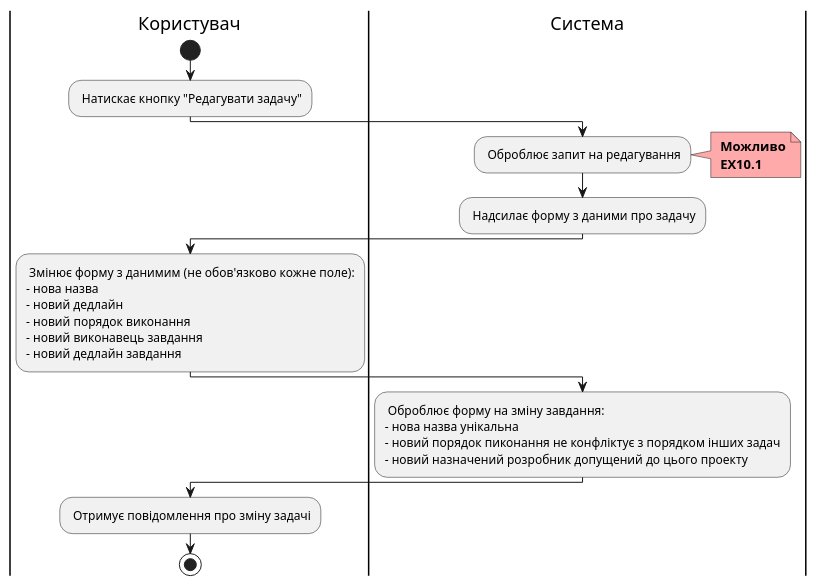
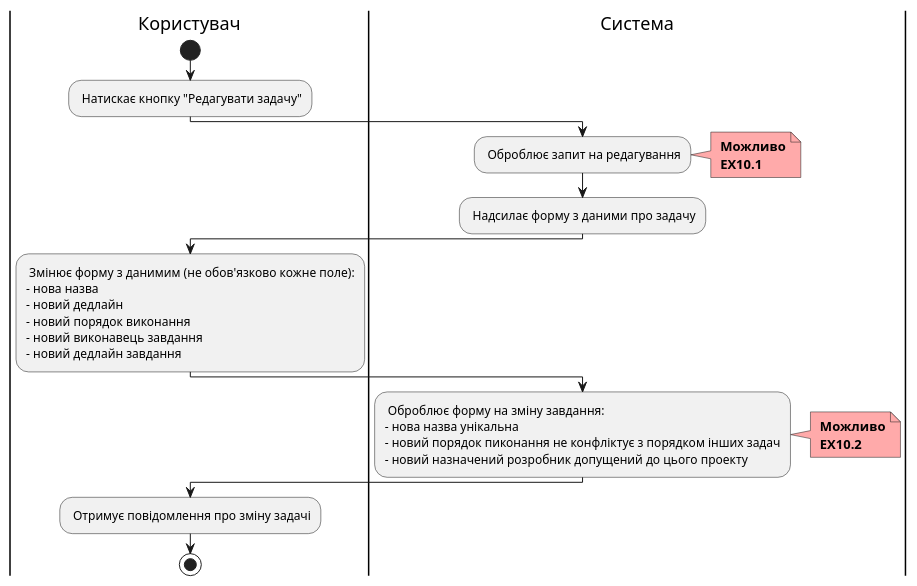
The diagram in docs/use cases/editTask.puml (boldak/database_basics_template), drawn with PlantUML before and after one commit.

```diff
--- a/docs/use cases/editTask.puml
+++ b/docs/use cases/editTask.puml
@@ -1,36 +1,40 @@
 @startuml
 
     |Користувач|
         start
         
         : Натискає кнопку "Редагувати задачу";
         
     |Система|
         
         : Оброблює запит на редагування;
         note right #ffaaaa
         <b> Можливо
         <b> EX10.1
         end note
         : Надсилає форму з даними про задачу;
         
     |Користувач|
     
         : Змінює форму з данимим (не обов'язково кожне поле):
         - нова назва
         - новий дедлайн
         - новий порядок виконання
         - новий виконавець завдання
         - новий дедлайн завдання;
     
     |Система|
         : Оброблює форму на зміну завдання:
         - нова назва унікальна
         - новий порядок пиконання не конфліктує з порядком інших задач
         - новий назначений розробник допущений до цього проекту;
-
+        note right #ffaaaa
+        <b> Можливо
+        <b> EX10.2
+        end note
+        
     |Користувач|
         : Отримує повідомлення про зміну задачі;
         stop;
 
 @enduml
```
